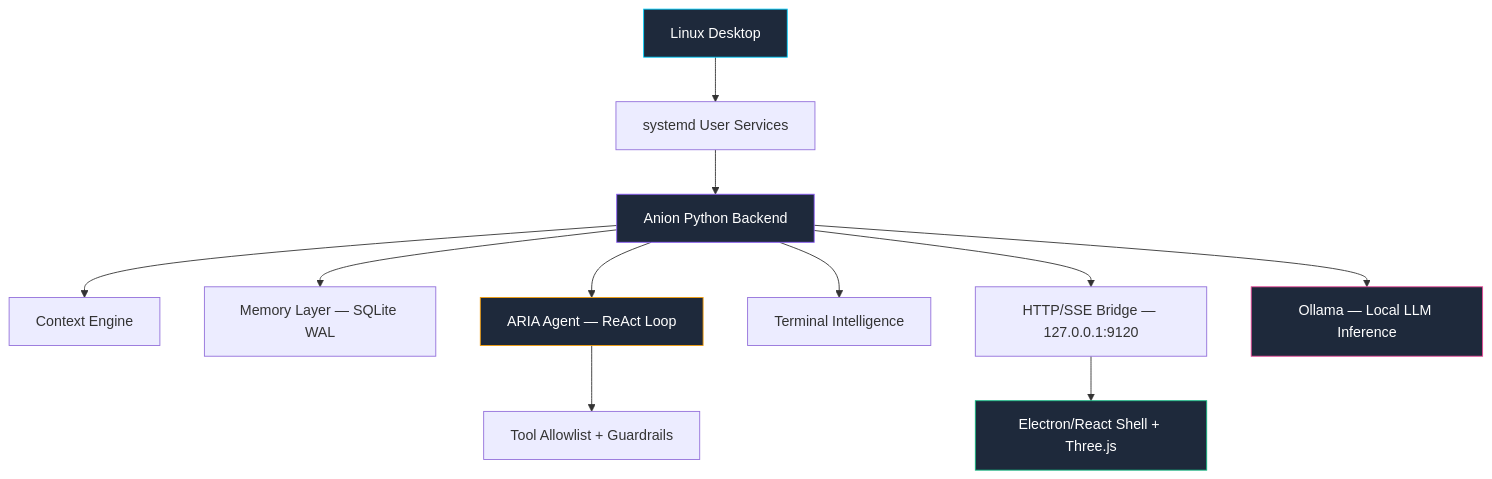
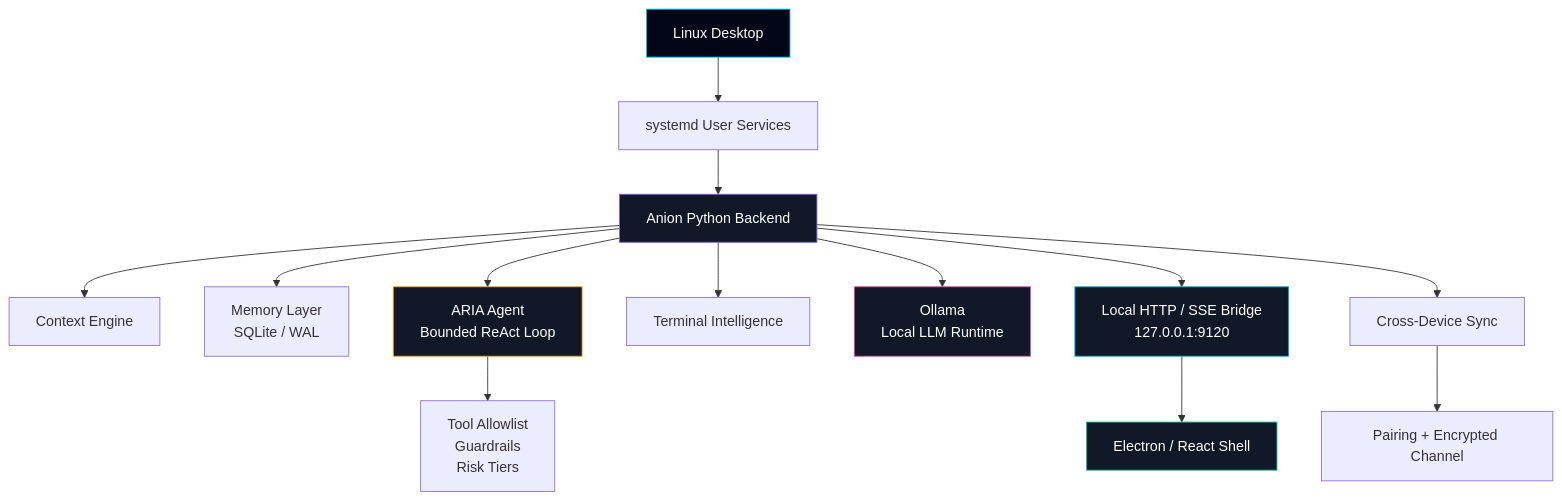
One commit to GopalSinghRajput/anion-public changed the first of 7 diagrams in README.md. Above: the diagram before and after it, drawn with Mermaid. The commit also changed other lines of this file, not shown here.

````diff
--- a/README.md
+++ b/README.md
@@ -71,19 +135,26 @@
 ```mermaid
 flowchart TD
     A[Linux Desktop] --> B[systemd User Services]
     B --> C[Anion Python Backend]
+
     C --> D[Context Engine]
-    C --> E[Memory Layer — SQLite WAL]
-    C --> F[ARIA Agent — ReAct Loop]
+    C --> E[Memory Layer<br/>SQLite / WAL]
+    C --> F[ARIA Agent<br/>Bounded ReAct Loop]
     C --> G[Terminal Intelligence]
-    F --> H[Tool Allowlist + Guardrails]
-    C --> I[HTTP/SSE Bridge — 127.0.0.1:9120]
-    I --> J[Electron/React Shell + Three.js]
-    C --> K[Ollama — Local LLM Inference]
+    C --> K[Ollama<br/>Local LLM Runtime]
 
-    style A fill:#1e293b,stroke:#00D1FF,color:#fff
-    style C fill:#1e293b,stroke:#8B5CF6,color:#fff
-    style F fill:#1e293b,stroke:#F59E0B,color:#fff
-    style J fill:#1e293b,stroke:#10B981,color:#fff
-    style K fill:#1e293b,stroke:#EC4899,color:#fff
+    F --> H[Tool Allowlist<br/>Guardrails<br/>Risk Tiers]
+
+    C --> I[Local HTTP / SSE Bridge<br/>127.0.0.1:9120]
+    I --> J[Electron / React Shell]
+
+    C --> L[Cross-Device Sync]
+    L --> M[Pairing + Encrypted Channel]
+
+    style A fill:#020617,stroke:#00D1FF,color:#fff
+    style C fill:#111827,stroke:#8B5CF6,color:#fff
+    style F fill:#111827,stroke:#F59E0B,color:#fff
+    style I fill:#111827,stroke:#06B6D4,color:#fff
+    style J fill:#111827,stroke:#10B981,color:#fff
+    style K fill:#111827,stroke:#EC4899,color:#fff
 ```
````
